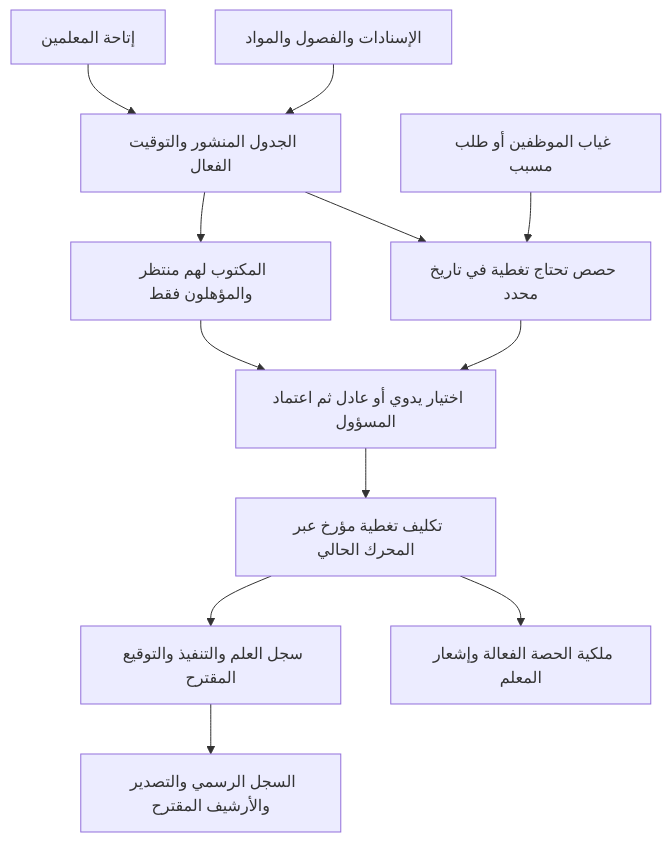
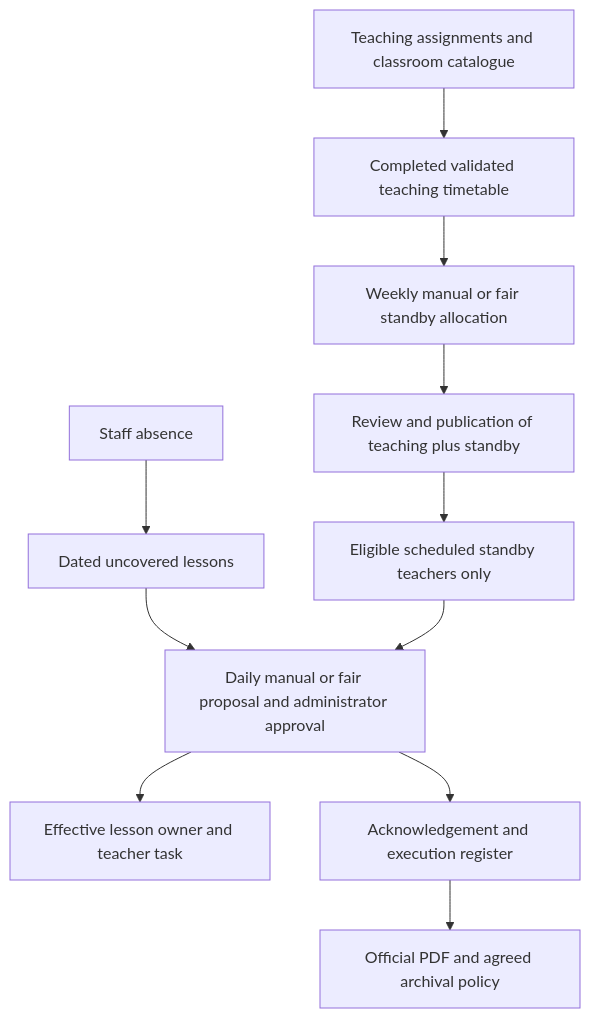
Before and after one commit to Abdelrhman-elsaeed/AlFalah-Manage-System: the diagram in docs/specs/intelligent-timetable/10-standby-periods-discovery.md, drawn with Mermaid. The commit also changed other lines of this file and 67 other files, not shown here.

````diff
--- a/docs/specs/intelligent-timetable/10-standby-periods-discovery.md
+++ b/docs/specs/intelligent-timetable/10-standby-periods-discovery.md
@@ -98,14 +102,13 @@
 ```mermaid
 flowchart TD
-    A[الإسنادات والفصول والمواد] --> B[الجدول المنشور والتوقيت الفعال]
-    C[إتاحة المعلمين] --> B
-    B --> D[حصص تحتاج تغطية في تاريخ محدد]
-    E[غياب الموظفين أو طلب مسبب] --> D
-    B --> F[المكتوب لهم منتظر والمؤهلون فقط]
-    D --> G[اختيار يدوي أو عادل ثم اعتماد المسؤول]
-    F --> G
-    G --> H[تكليف تغطية مؤرخ عبر المحرك الحالي]
-    H --> I[ملكية الحصة الفعالة وإشعار المعلم]
-    H --> J[سجل العلم والتنفيذ والتوقيع المقترح]
-    J --> K[السجل الرسمي والتصدير والأرشيف المقترح]
+    A[Teaching assignments and classroom catalogue] --> B[Completed validated teaching timetable]
+    B --> C[Weekly manual or fair standby allocation]
+    C --> D[Review and publication of teaching plus standby]
+    E[Staff absence] --> F[Dated uncovered lessons]
+    D --> G[Eligible scheduled standby teachers only]
+    F --> H[Daily manual or fair proposal and administrator approval]
+    G --> H
+    H --> I[Effective lesson owner and teacher task]
+    H --> J[Acknowledgement and execution register]
+    J --> K[Official PDF and agreed archival policy]
 ```
````
